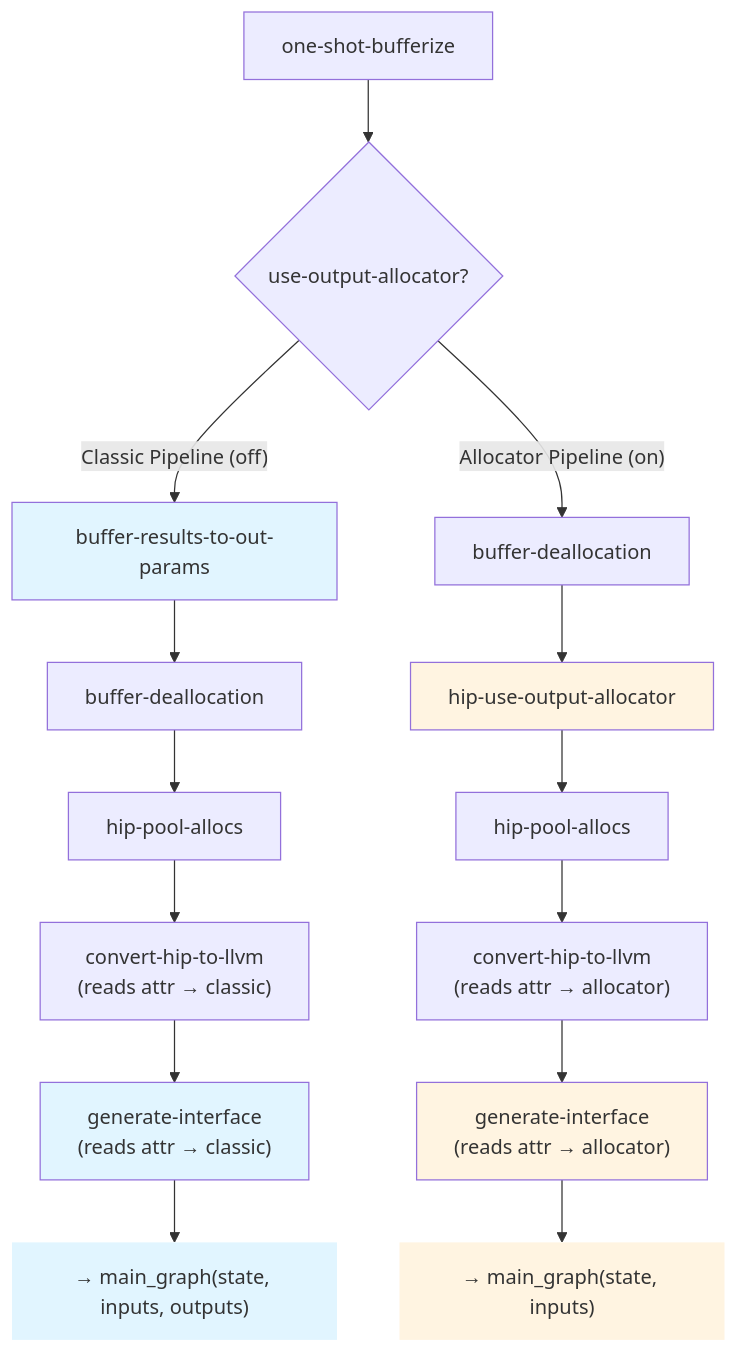
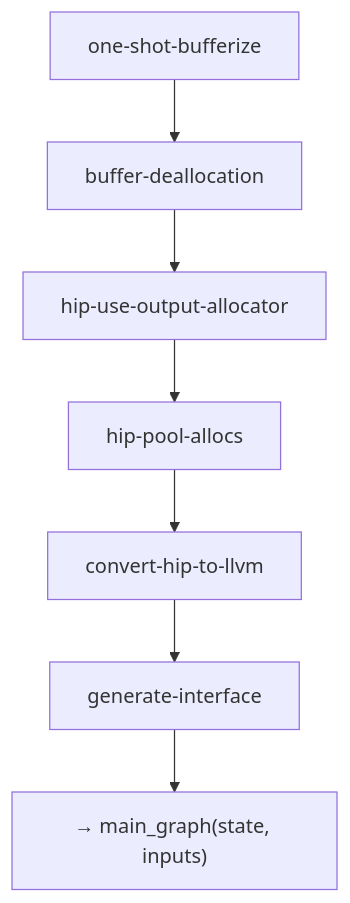
Before and after one commit to ROCm/hip-ep: the first of 2 diagrams in docs/design/output-allocator-design.md, drawn with Mermaid. The commit also changed other lines of this file and 17 other files, not shown here.

First line of the commit message:
refactor(ep/runtime): delete classic out-param dispatch, retire proto fields [Phase 2/2] (#441)

````diff
--- a/docs/design/output-allocator-design.md
+++ b/docs/design/output-allocator-design.md
@@ -64,28 +50,9 @@
 ```mermaid
 graph TD
-    A[one-shot-bufferize] --> B{"use-output-allocator?"}
-    B -->|"Classic Pipeline (off)"| D1[buffer-results-to-out-params]
-    B -->|"Allocator Pipeline (on)"| E2[buffer-deallocation]
-
-    D1 --> E1[buffer-deallocation]
-    E2 --> D2[hip-use-output-allocator]
-
-    E1 --> F1[hip-pool-allocs]
-    D2 --> F2[hip-pool-allocs]
-
-    F1 --> G1["convert-hip-to-llvm<br/>(reads attr → classic)"]
-    F2 --> G2["convert-hip-to-llvm<br/>(reads attr → allocator)"]
-
-    G1 --> H1["generate-interface<br/>(reads attr → classic)"]
-    G2 --> H2["generate-interface<br/>(reads attr → allocator)"]
-
-    H1 --> O1["→ main_graph(state, inputs, outputs)"]
-    H2 --> O2["→ main_graph(state, inputs)"]
-
-    style D1 fill:#e1f5ff
-    style H1 fill:#e1f5ff
-    style O1 fill:#e1f5ff,stroke-width:0px
-    style D2 fill:#fff4e1
-    style H2 fill:#fff4e1
-    style O2 fill:#fff4e1,stroke-width:0px
+    A[one-shot-bufferize] --> B[buffer-deallocation]
+    B --> C[hip-use-output-allocator]
+    C --> D[hip-pool-allocs]
+    D --> E[convert-hip-to-llvm]
+    E --> F[generate-interface]
+    F --> G["→ main_graph(state, inputs)"]
 ```
````
